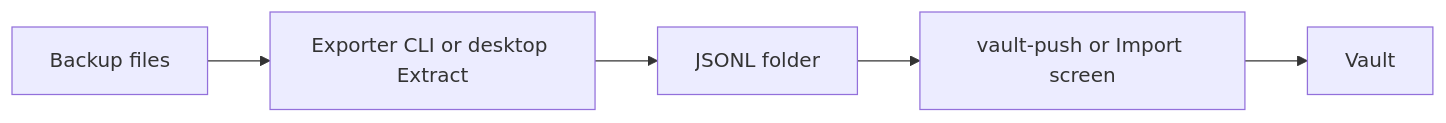
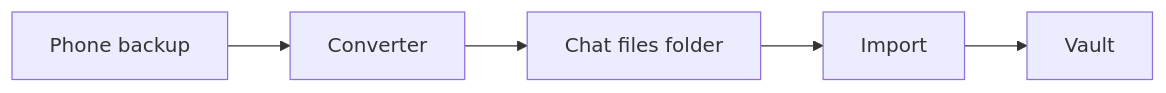
Before and after one commit to bitrealm-dev/message-vault: the first of 2 diagrams in docs/src/content/docs/vault/developer/message-transfer.md, drawn with Mermaid. The commit also changed other lines of this file, not shown here.

````diff
--- a/docs/src/content/docs/vault/developer/message-transfer.md
+++ b/docs/src/content/docs/vault/developer/message-transfer.md
@@ -12,7 +16,7 @@
 ```mermaid
 flowchart LR
-  backups[Backup files] --> exporter[Exporter CLI or desktop Extract]
-  exporter --> jsonl[JSONL folder]
-  jsonl --> import[vault-push or Import screen]
+  backups[Phone backup] --> converter[Converter]
+  converter --> folder[Chat files folder]
+  folder --> import[Import]
   import --> vault[Vault]
 ```
````
